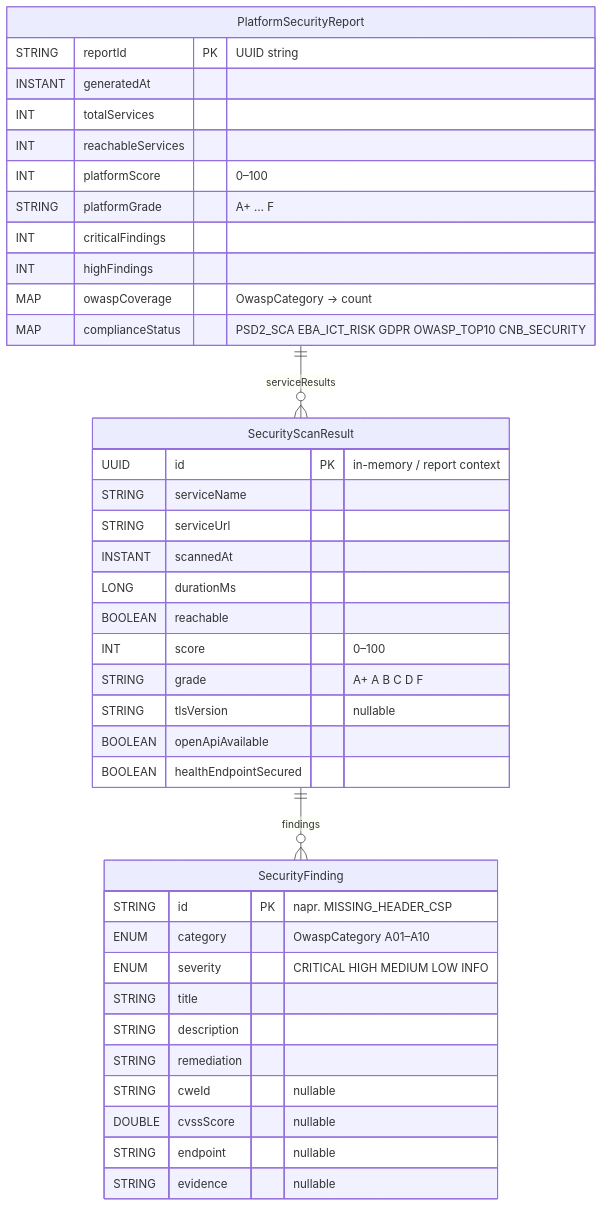
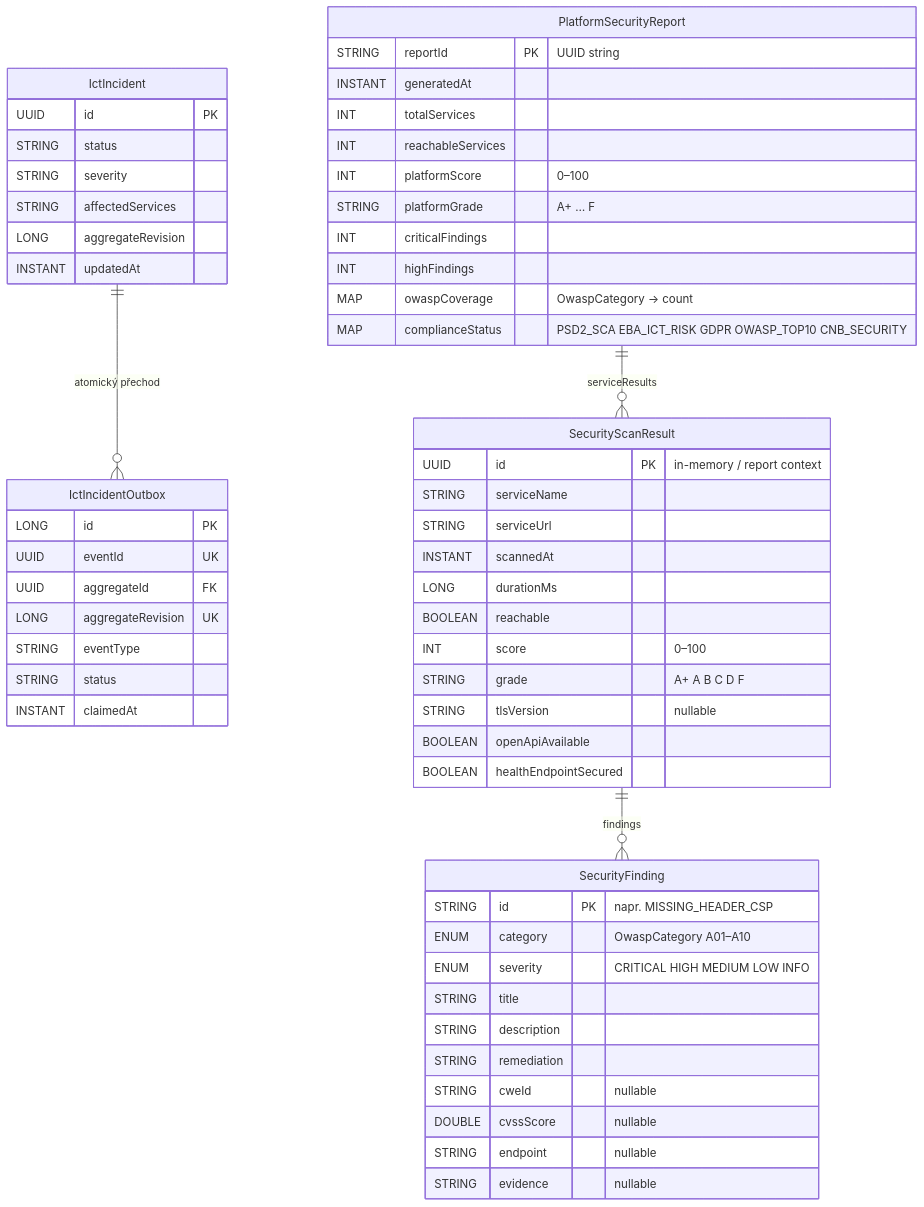
One commit to JiRaska/open-bank-oss changed the diagram in openbank-security-scanner/src/main/resources/diagrams/02-er-schema.mmd. Above: the diagram before and after it, drawn with Mermaid. The commit also changed 35 other files, not shown here.

Commit message:
feat(security-scanner): make incident projection replayable

```diff
--- a/openbank-security-scanner/src/main/resources/diagrams/02-er-schema.mmd
+++ b/openbank-security-scanner/src/main/resources/diagrams/02-er-schema.mmd
@@ -1,50 +1,68 @@
-%% title: Security Scanner — doménový model (žádné DB tabulky; #4709)
-%% Služba nic neperzistuje. Jediná tabulka `security_outbox` (V2/V3) neměla nikdy zapisovatele
-%% a byla zahozena migrací V4 — databáze drží už jen flyway_schema_history. Všechny entity níže
-%% žijí v paměti (ConcurrentHashMap) a po restartu podu zanikají; nejde tedy o ER schéma
-%% databáze, ale o tvar doménového modelu za REST reportem.
+%% title: Security Scanner — perzistentní ICT incidenty a in-memory výsledky skenů
+%% V6 ukládá každý přechod incidentu atomicky s outbox eventem a striktní revizí.
+%% SecurityScanResult a PlatformSecurityReport zůstávají pouze v paměti.
 erDiagram
 
+    IctIncident {
+        UUID id PK
+        STRING status
+        STRING severity
+        STRING affectedServices
+        LONG aggregateRevision
+        INSTANT updatedAt
+    }
+
+    IctIncidentOutbox {
+        LONG id PK
+        UUID eventId UK
+        UUID aggregateId FK
+        LONG aggregateRevision UK
+        STRING eventType
+        STRING status
+        INSTANT claimedAt
+    }
+
+    IctIncident ||--o{ IctIncidentOutbox : "atomický přechod"
 
     SecurityScanResult {
         UUID id PK "in-memory / report context"
         STRING serviceName
         STRING serviceUrl
         INSTANT scannedAt
         LONG durationMs
         BOOLEAN reachable
         INT score "0–100"
         STRING grade "A+ A B C D F"
         STRING tlsVersion "nullable"
         BOOLEAN openApiAvailable
         BOOLEAN healthEndpointSecured
     }
 
     SecurityFinding {
         STRING id PK "napr. MISSING_HEADER_CSP"
         ENUM category "OwaspCategory A01–A10"
         ENUM severity "CRITICAL HIGH MEDIUM LOW INFO"
         STRING title
         STRING description
         STRING remediation
         STRING cweId "nullable"
         DOUBLE cvssScore "nullable"
         STRING endpoint "nullable"
         STRING evidence "nullable"
     }
 
     PlatformSecurityReport {
         STRING reportId PK "UUID string"
         INSTANT generatedAt
         INT totalServices
         INT reachableServices
         INT platformScore "0–100"
         STRING platformGrade "A+ … F"
         INT criticalFindings
         INT highFindings
         MAP owaspCoverage "OwaspCategory → count"
         MAP complianceStatus "PSD2_SCA EBA_ICT_RISK GDPR OWASP_TOP10 CNB_SECURITY"
     }
 
     PlatformSecurityReport ||--o{ SecurityScanResult : "serviceResults"
     SecurityScanResult ||--o{ SecurityFinding : "findings"
```
